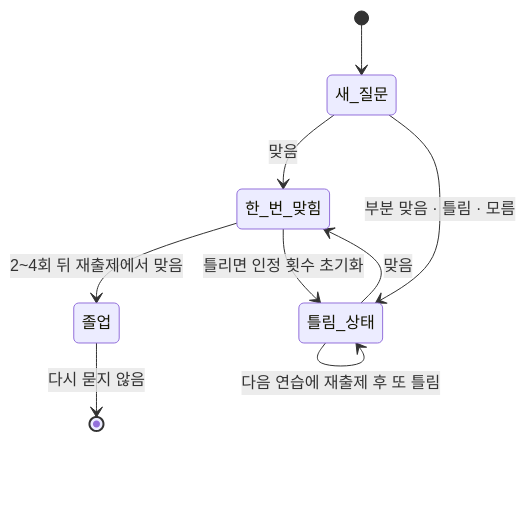
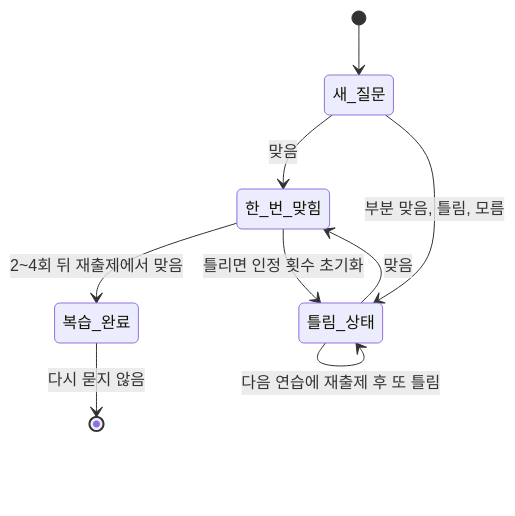
Before and after one commit to sihunwang-skala/realtime-mock-interview: the diagram in README.ko.md, drawn with Mermaid. The commit also changed other lines of this file, not shown here.

````diff
--- a/README.ko.md
+++ b/README.ko.md
@@ -547,11 +551,11 @@
 ```mermaid
 stateDiagram-v2
     [*] --> 새_질문
     새_질문 --> 한_번_맞힘: 맞음
-    새_질문 --> 틀림_상태: 부분 맞음 · 틀림 · 모름
+    새_질문 --> 틀림_상태: 부분 맞음, 틀림, 모름
     틀림_상태 --> 틀림_상태: 다음 연습에 재출제 후 또 틀림
     틀림_상태 --> 한_번_맞힘: 맞음
-    한_번_맞힘 --> 졸업: 2~4회 뒤 재출제에서 맞음
+    한_번_맞힘 --> 복습_완료: 2~4회 뒤 재출제에서 맞음
     한_번_맞힘 --> 틀림_상태: 틀리면 인정 횟수 초기화
-    졸업 --> [*]: 다시 묻지 않음
+    복습_완료 --> [*]: 다시 묻지 않음
 ```
````
